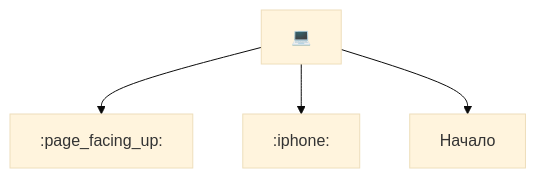
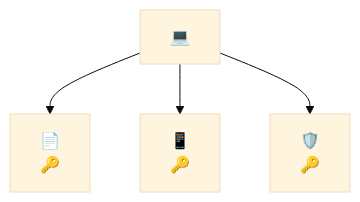
The first of 16 diagrams in Docs/Scenario-Multisig.md (BlockchainCommons/SmartCustody), drawn with Mermaid before and after one commit.

````diff
--- a/Docs/Scenario-Multisig.md
+++ b/Docs/Scenario-Multisig.md
@@ -18,11 +18,14 @@
 ```mermaid
 %%{init: {'theme': 'base', 'themeVariables': { 'fontSize': '50'}}}%%
     graph TD;
     A["💻"]
-    B[:page_facing_up:]
-    C[:iphone:]
-    D[Начало]
+    B["📄
+    🔑"]
+    C["📱
+    🔑"]
+    D["🛡️
+    🔑"]
     A-->B;
     A-->C;
     A-->D;
 ```
````
